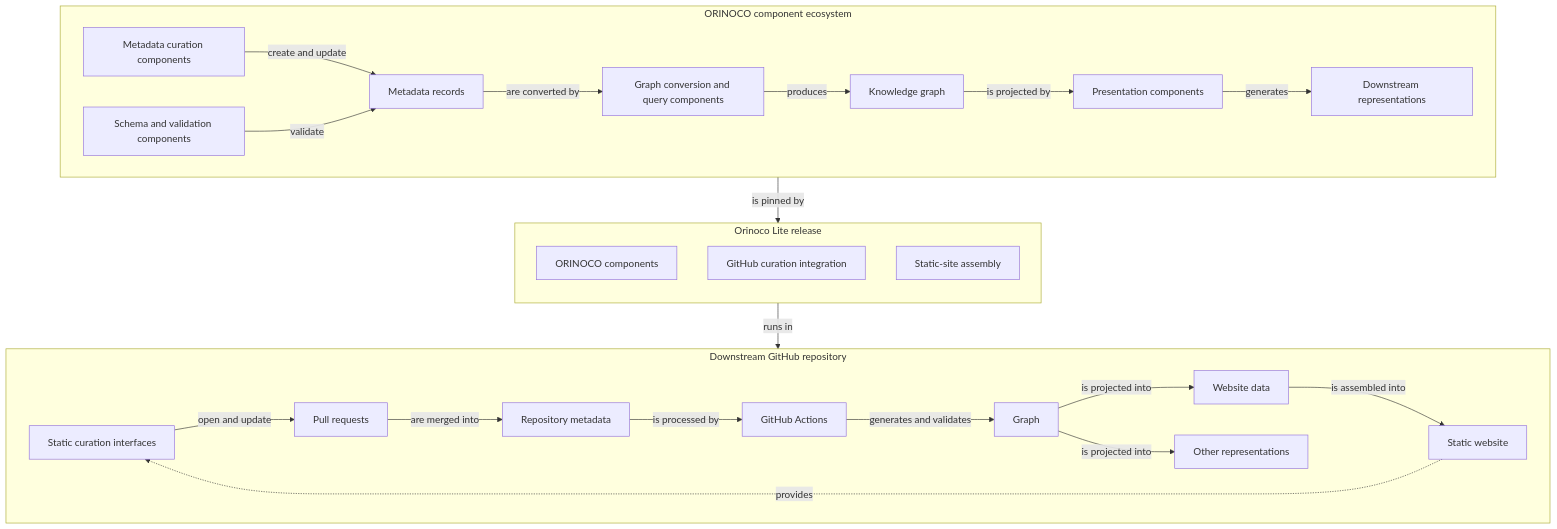
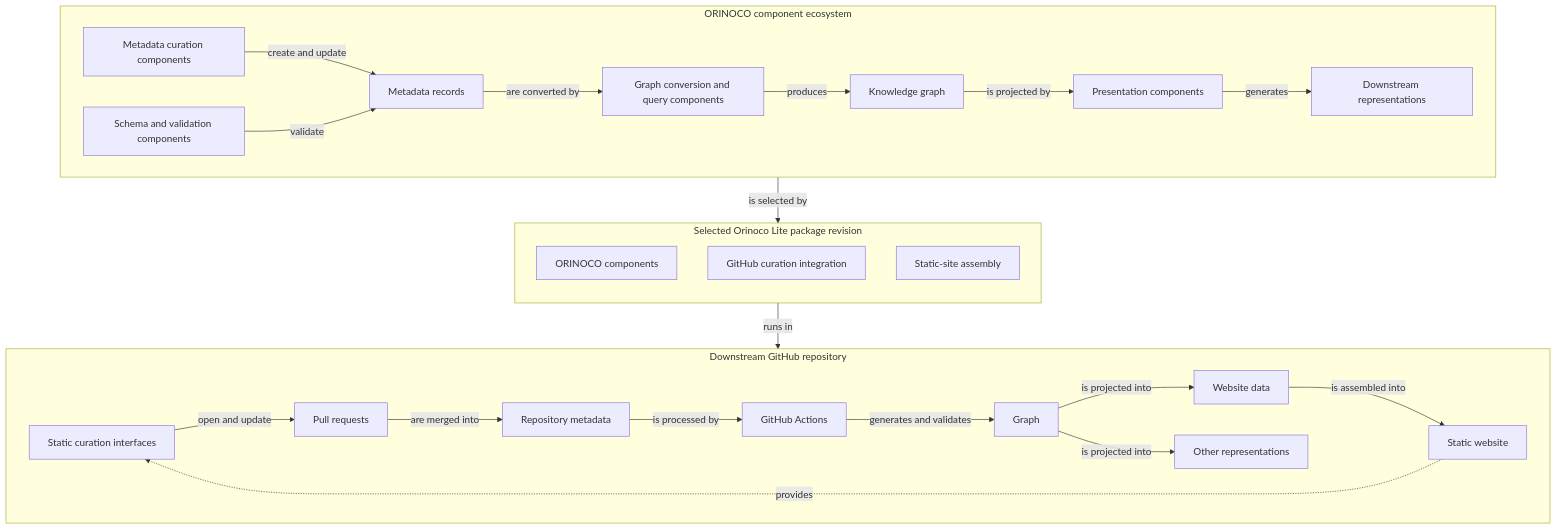
One commit to ORINOCO-Lite/orinoco-lite-dev changed the first of 2 diagrams in docs/project-design.md. Above: the diagram before and after it, drawn with Mermaid. The commit also changed other lines of this file and 6 other files, not shown here.

````diff
--- a/docs/project-design.md
+++ b/docs/project-design.md
@@ -71,52 +72,52 @@
 ```mermaid
 flowchart TB
   subgraph orinoco["ORINOCO component ecosystem"]
     direction LR
     curation["Metadata curation components"]
     schema["Schema and validation components"]
     conversion["Graph conversion and query components"]
     presentation["Presentation components"]
     records["Metadata records"]
     knowledge_graph["Knowledge graph"]
     representations["Downstream representations"]
 
     curation -->|"create and update"| records
     schema -->|"validate"| records
     records -->|"are converted by"| conversion
     conversion -->|"produces"| knowledge_graph
     knowledge_graph -->|"is projected by"| presentation
     presentation -->|"generates"| representations
   end
 
-  subgraph release["Orinoco Lite release"]
+  subgraph package["Selected Orinoco Lite package revision"]
     direction TB
     components["ORINOCO components"]
     curation_integration["GitHub curation integration"]
     site_assembly["Static-site assembly"]
   end
 
-  orinoco -->|"is pinned by"| release
+  orinoco -->|"is selected by"| package
 
   subgraph downstream["Downstream GitHub repository"]
     direction LR
     interfaces["Static curation interfaces"]
     pull_request["Pull requests"]
     metadata["Repository metadata"]
     actions["GitHub Actions"]
     built_graph["Graph"]
     website_data["Website data"]
     other_outputs["Other representations"]
     site["Static website"]
 
     interfaces -->|"open and update"| pull_request
     pull_request -->|"are merged into"| metadata
     metadata -->|"is processed by"| actions
     actions -->|"generates and validates"| built_graph
     built_graph -->|"is projected into"| website_data
     built_graph -->|"is projected into"| other_outputs
     website_data -->|"is assembled into"| site
     site -.->|"provides"| interfaces
   end
 
-  release -->|"runs in"| actions
+  package -->|"runs in"| actions
 ```
````
